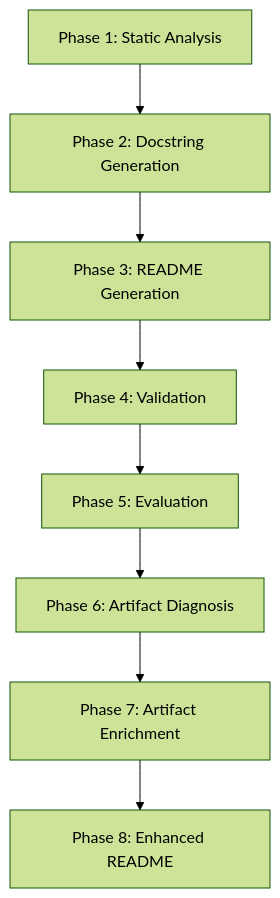
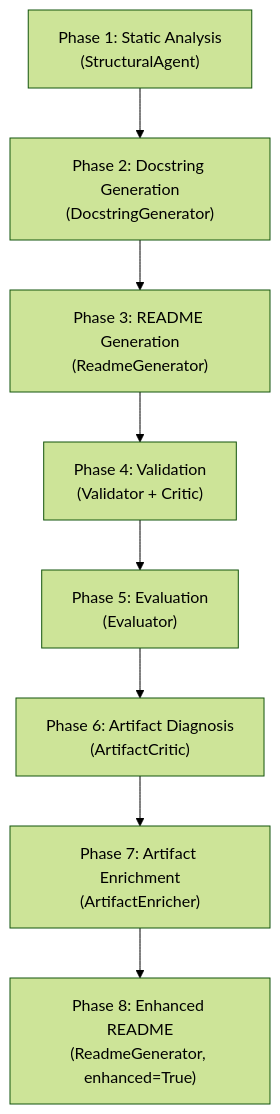
One commit to salmahishambackup-cyber/Multi-agent_Hierarchical_Documentation changed the diagram in README.md. Above: the diagram before and after it, drawn with Mermaid (forest theme). The commit also changed other lines of this file and 3 other files, not shown here.

````diff
--- a/README.md
+++ b/README.md
@@ -56,10 +80,10 @@
 ```mermaid
 flowchart TD
-    P1["Phase 1: Static Analysis"] --> P2["Phase 2: Docstring Generation"]
-    P2 --> P3["Phase 3: README Generation"]
-    P3 --> P4["Phase 4: Validation"]
-    P4 --> P5["Phase 5: Evaluation"]
-    P5 --> P6["Phase 6: Artifact Diagnosis"]
-    P6 --> P7["Phase 7: Artifact Enrichment"]
-    P7 --> P8["Phase 8: Enhanced README"]
+    P1["Phase 1: Static Analysis<br/>(StructuralAgent)"] --> P2["Phase 2: Docstring Generation<br/>(DocstringGenerator)"]
+    P2 --> P3["Phase 3: README Generation<br/>(ReadmeGenerator)"]
+    P3 --> P4["Phase 4: Validation<br/>(Validator + Critic)"]
+    P4 --> P5["Phase 5: Evaluation<br/>(Evaluator)"]
+    P5 --> P6["Phase 6: Artifact Diagnosis<br/>(ArtifactCritic)"]
+    P6 --> P7["Phase 7: Artifact Enrichment<br/>(ArtifactEnricher)"]
+    P7 --> P8["Phase 8: Enhanced README<br/>(ReadmeGenerator, enhanced=True)"]
 ```
````
